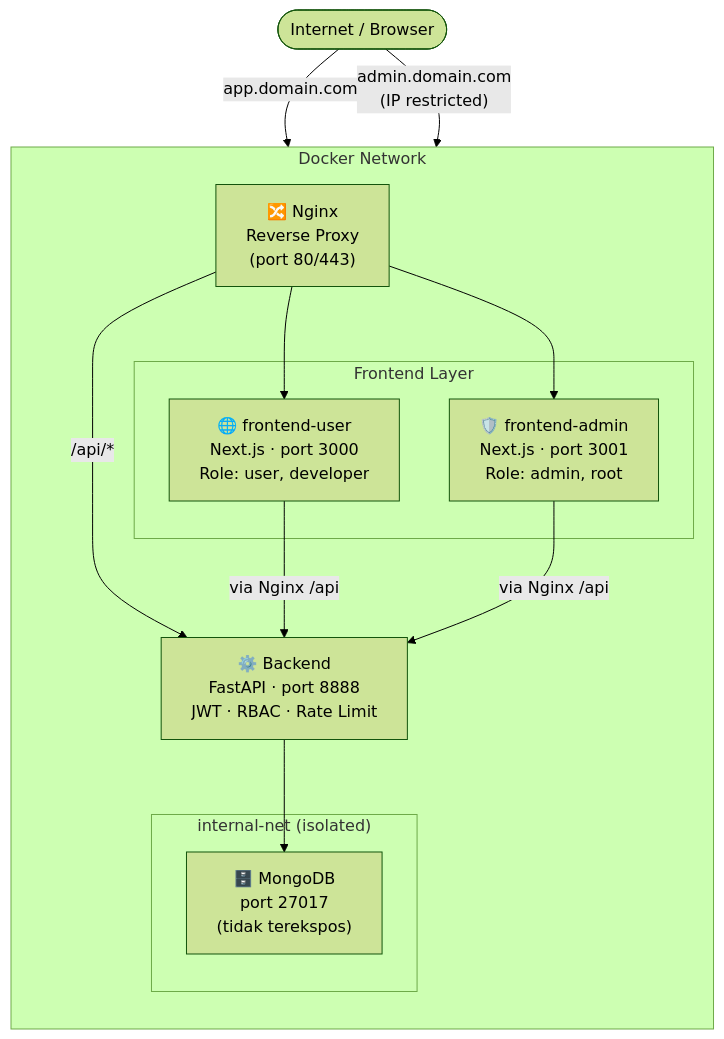
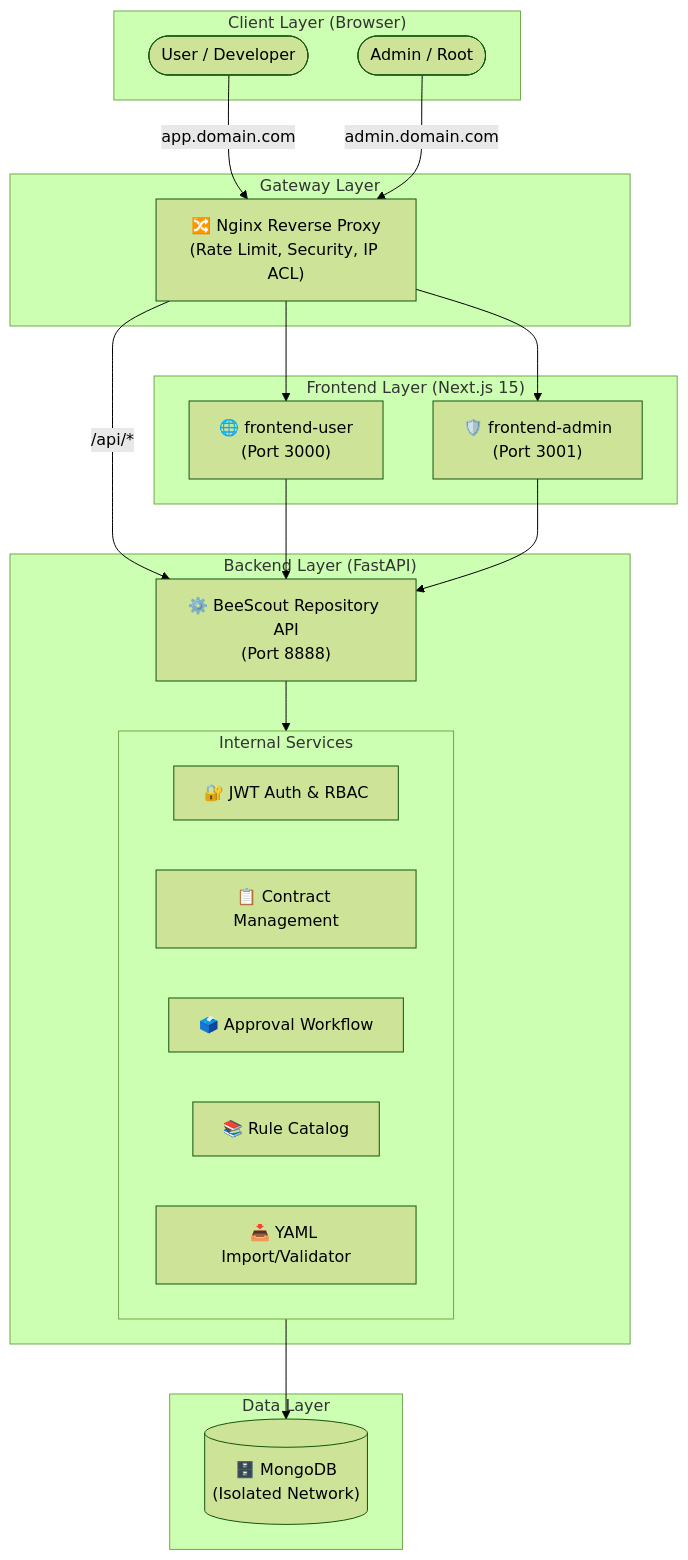
One commit to alamanda-projects/beescout changed the first of 6 diagrams in README.md. Above: the diagram before and after it, drawn with Mermaid (forest theme). The commit also changed other lines of this file and 10 other files, not shown here.

````diff
--- a/README.md
+++ b/README.md
@@ -15,41 +15,45 @@
 ```mermaid
 graph TD
-    Internet([Internet / Browser])
+    subgraph Client ["Client Layer (Browser)"]
+        User(["User / Developer"])
+        Admin(["Admin / Root"])
+    end
 
-    subgraph Docker["Docker Network"]
-        direction TB
+    subgraph Gateway ["Gateway Layer"]
+        Nginx["🔀 Nginx Reverse Proxy<br/>(Rate Limit, Security, IP ACL)"]
+    end
 
-        Nginx["🔀 Nginx
-        Reverse Proxy
-        (port 80/443)"]
+    subgraph Frontend ["Frontend Layer (Next.js 15)"]
+        FEUser["🌐 frontend-user<br/>(Port 3000)"]
+        FEAdmin["🛡️ frontend-admin<br/>(Port 3001)"]
+    end
 
-        subgraph FE["Frontend Layer"]
-            FEUser["🌐 frontend-user
-            Next.js · port 3000
-            Role: user, developer"]
-            FEAdmin["🛡️ frontend-admin
-            Next.js · port 3001
-            Role: admin, root"]
-        end
-
-        Backend["⚙️ Backend
-        FastAPI · port 8888
-        JWT · RBAC · Rate Limit"]
-
-        subgraph Internal["internal-net (isolated)"]
-            DB["🗄️ MongoDB
-            port 27017
-            (tidak terekspos)"]
+    subgraph Backend ["Backend Layer (FastAPI)"]
+        API["⚙️ BeeScout Repository API<br/>(Port 8888)"]
+        
+        subgraph Logic ["Internal Services"]
+            Auth["🔐 JWT Auth & RBAC"]
+            ContractSvc["📋 Contract Management"]
+            ApprovalSvc["🗳️ Approval Workflow"]
+            CatalogSvc["📚 Rule Catalog"]
+            ImportSvc["📥 YAML Import/Validator"]
         end
     end
 
-    Internet -->|"app.domain.com"| Nginx
-    Internet -->|"admin.domain.com
-    (IP restricted)"| Nginx
+    subgraph Data ["Data Layer"]
+        DB[("🗄️ MongoDB<br/>(Isolated Network)")]
+    end
+
+    User -->|"app.domain.com"| Nginx
+    Admin -->|"admin.domain.com"| Nginx
+    
     Nginx --> FEUser
     Nginx --> FEAdmin
-    Nginx -->|"/api/*"| Backend
-    FEUser -->|"via Nginx /api"| Backend
-    FEAdmin -->|"via Nginx /api"| Backend
-    Backend --> DB
+    Nginx -->|"/api/*"| API
+
+    FEUser --> API
+    FEAdmin --> API
+    
+    API --> Logic
+    Logic --> DB
 ```
````
